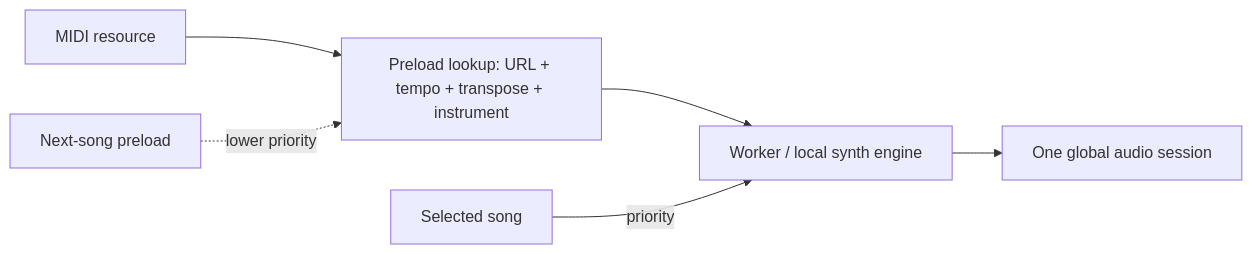
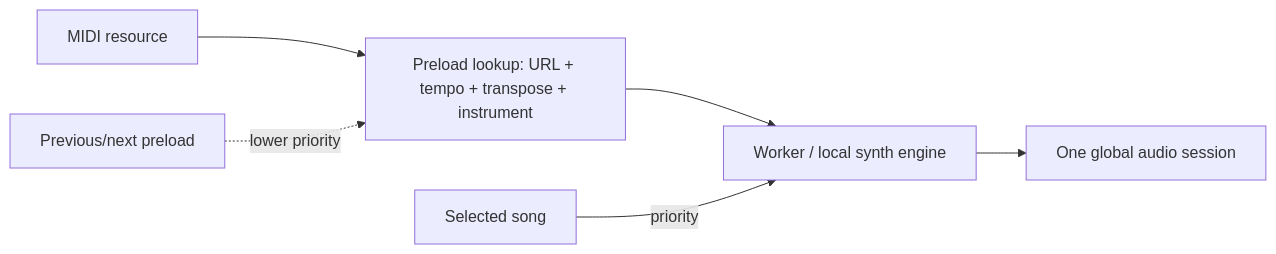
The seventh of 8 diagrams in README.md (gyspnk/GYSApp-Tauri), drawn with Mermaid before and after one commit. The commit also changed other lines of this file and 77 other files, not shown here.

````diff
--- a/README.md
+++ b/README.md
@@ -147,7 +150,7 @@
 ```mermaid
 flowchart LR
   MIDI0["MIDI resource"] --> LOOKUP["Preload lookup: URL + tempo + transpose + instrument"]
   LOOKUP --> WORKER["Worker / local synth engine"] --> AUDIO["One global audio session"]
-  NEXT["Next-song preload"] -. lower priority .-> LOOKUP
+  ADJACENT["Previous/next preload"] -. lower priority .-> LOOKUP
   FOREGROUND["Selected song"] -->|priority| WORKER
 ```
````
